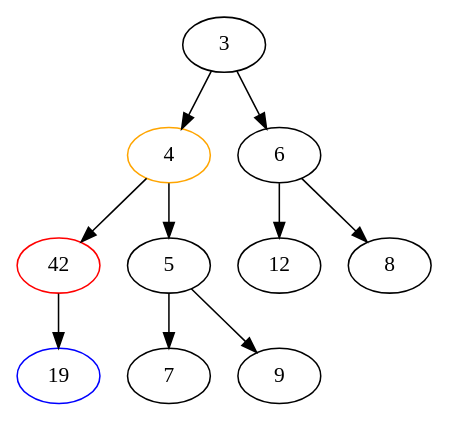
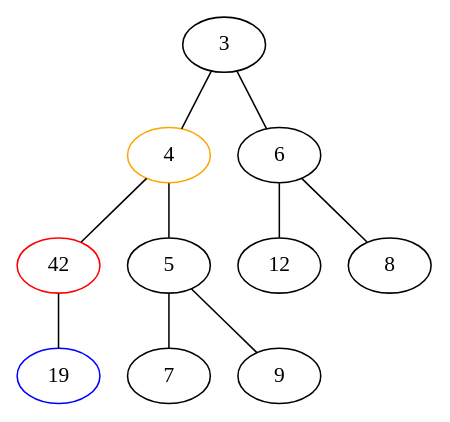
One commit to azolus/dstructOn changed the diagram in heap/assets/heap_extract_5.dot. Above: the diagram before and after it, drawn with Graphviz. The commit also changed 20 other files, not shown here.

Commit message:
docs: change graph edges from arrows to lines

```diff
--- a/heap/assets/heap_extract_5.dot
+++ b/heap/assets/heap_extract_5.dot
@@ -1,14 +1,14 @@
-digraph G {
+graph G {
 	"42" [color=red];
 	"4" [color=orange];
 	"19" [color=blue];
-	3 -> 4;
-	3 -> 6;
-	4 -> 5;
-	4 -> 42;
-	6 -> 12;
-	6 -> 8;
-	5 -> 7;
-	5 -> 9;
-	42 -> 19;
+	3 -- 4;
+	3 -- 6;
+	4 -- 5;
+	4 -- 42;
+	6 -- 12;
+	6 -- 8;
+	5 -- 7;
+	5 -- 9;
+	42 -- 19;
 }
```
